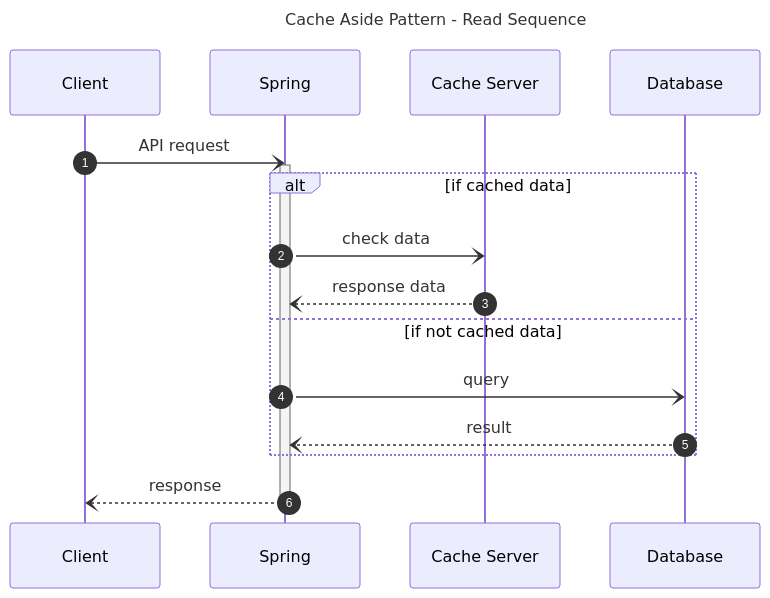
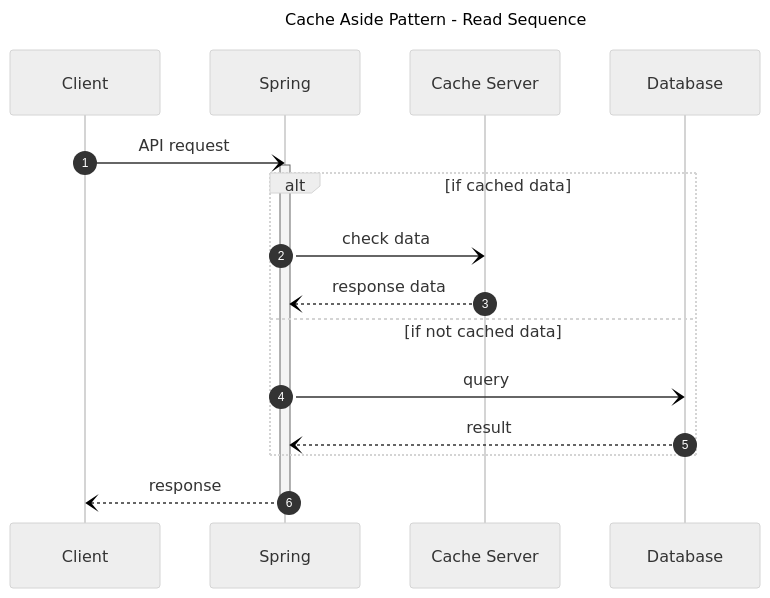
The second of 2 diagrams in docs/portfolio/spring-board.md (djccnt15/djccnt15.github.io), drawn with Mermaid before and after one commit. The commit also changed other lines of this file and 7 other files, not shown here.

Commit message:
update mermaid code block add theme config for preview

````diff
--- a/docs/portfolio/spring-board.md
+++ b/docs/portfolio/spring-board.md
@@ -252,18 +256,20 @@
 ```mermaid
 ---
 title: Cache Aside Pattern - Read Sequence
+config:
+    theme: 'neutral'
 ---
 sequenceDiagram
     autonumber
     Client -) Spring: API request
     activate Spring
     alt if cached data
         Spring -) Cache Server: check data
         Cache Server --) Spring: response data
     else if not cached data
         Spring -) Database: query
         Database --) Spring: result
     end
     Spring --) Client: response
     deactivate Spring
 ```
````
